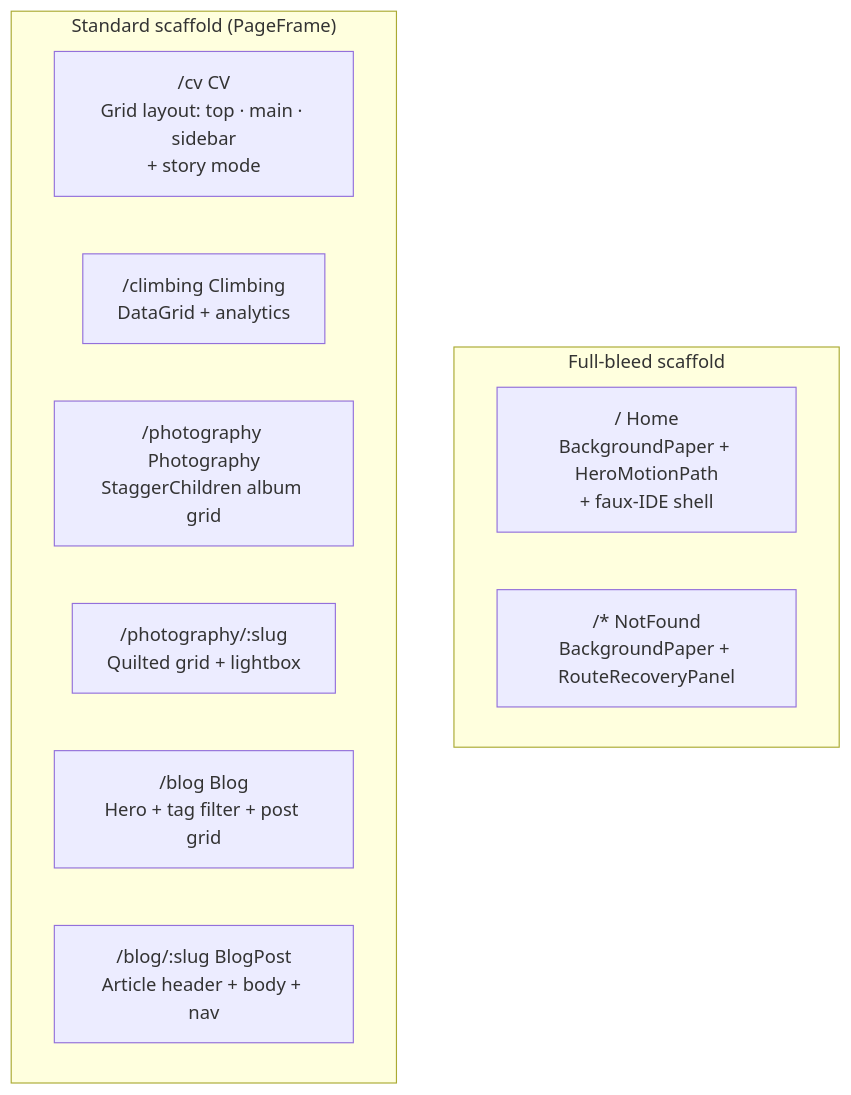
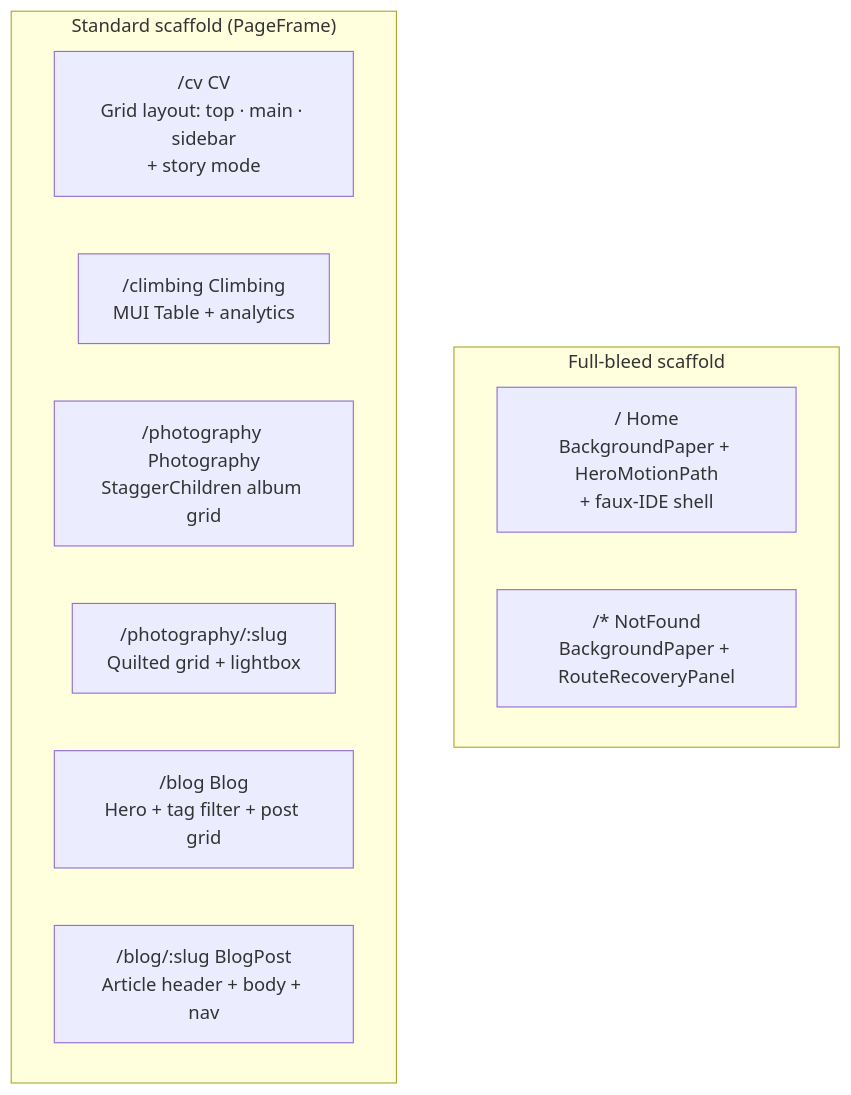
The first of 12 diagrams in docs/frontend/page-choreography.md (danphenderson/dev-danhenderson), drawn with Mermaid before and after one commit. The commit also changed other lines of this file and 324 other files, not shown here.

````diff
--- a/docs/frontend/page-choreography.md
+++ b/docs/frontend/page-choreography.md
@@ -9,16 +9,16 @@
 ```mermaid
 flowchart TB
   subgraph FullBleed["Full-bleed scaffold"]
     Home["/ Home<br/>BackgroundPaper + HeroMotionPath<br/>+ faux-IDE shell"]
     NF["/* NotFound<br/>BackgroundPaper + RouteRecoveryPanel"]
   end
 
   subgraph Standard["Standard scaffold (PageFrame)"]
     CV["/cv CV<br/>Grid layout: top · main · sidebar<br/>+ story mode"]
-    Climbing["/climbing Climbing<br/>DataGrid + analytics"]
+    Climbing["/climbing Climbing<br/>MUI Table + analytics"]
     Photo["/photography Photography<br/>StaggerChildren album grid"]
     PhotoCat["/photography/:slug<br/>Quilted grid + lightbox"]
     Blog["/blog Blog<br/>Hero + tag filter + post grid"]
     BlogPost["/blog/:slug BlogPost<br/>Article header + body + nav"]
   end
 ```
````
